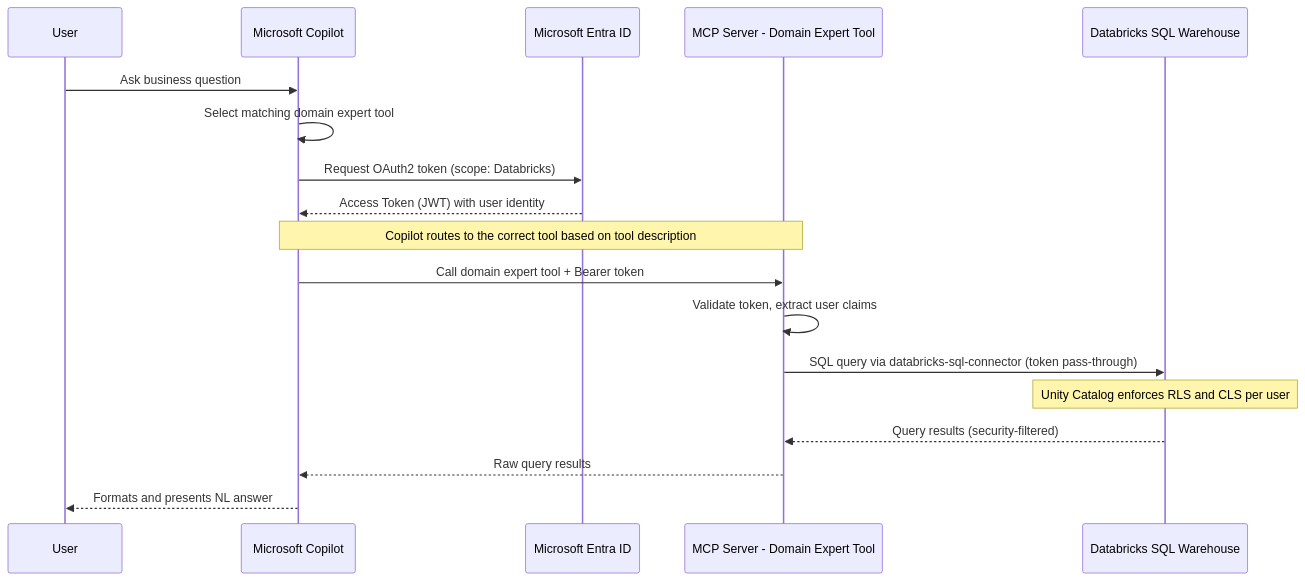
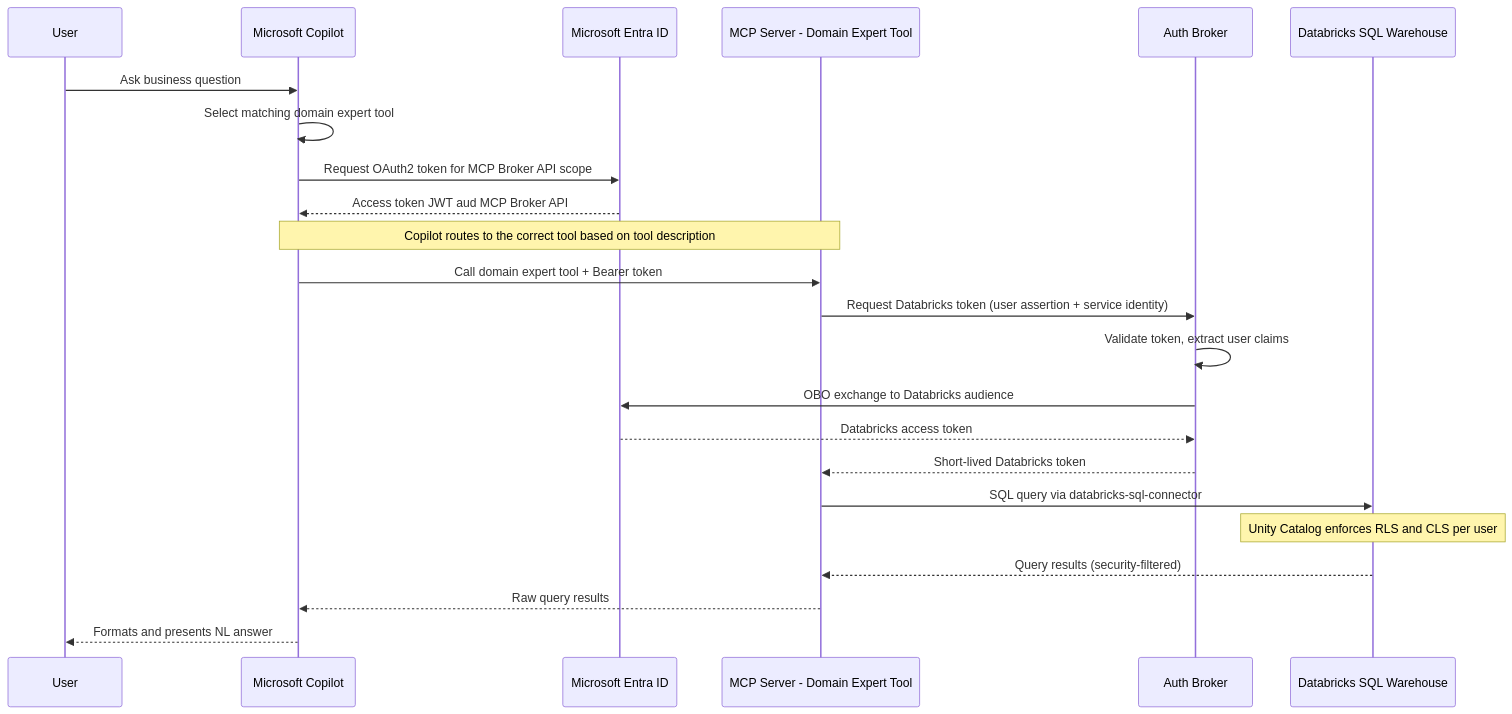
Before and after one commit to james-tn/dbx-mcp-copilot: the second of 5 diagrams in docs/architecture-design.md, drawn with Mermaid. The commit also changed other lines of this file and 38 other files, not shown here.

Commit message:
Update broker/MCP architecture docs and deployment guidance

````diff
--- a/docs/architecture-design.md
+++ b/docs/architecture-design.md
@@ -101,25 +111,30 @@
 ```mermaid
 sequenceDiagram
     participant User
     participant Copilot as Microsoft Copilot
     participant Entra as Microsoft Entra ID
     participant MCP as MCP Server - Domain Expert Tool
+    participant Broker as Auth Broker
     participant DBSQL as Databricks SQL Warehouse
 
     User->>Copilot: Ask business question
     Copilot->>Copilot: Select matching domain expert tool
-    Copilot->>Entra: Request OAuth2 token (scope: Databricks)
-    Entra-->>Copilot: Access Token (JWT) with user identity
+    Copilot->>Entra: Request OAuth2 token for MCP Broker API scope
+    Entra-->>Copilot: Access token JWT aud MCP Broker API
 
     Note over Copilot,MCP: Copilot routes to the correct tool based on tool description
 
     Copilot->>MCP: Call domain expert tool + Bearer token
-    MCP->>MCP: Validate token, extract user claims
-    MCP->>DBSQL: SQL query via databricks-sql-connector (token pass-through)
+    MCP->>Broker: Request Databricks token (user assertion + service identity)
+    Broker->>Broker: Validate token, extract user claims
+    Broker->>Entra: OBO exchange to Databricks audience
+    Entra-->>Broker: Databricks access token
+    Broker-->>MCP: Short-lived Databricks token
+    MCP->>DBSQL: SQL query via databricks-sql-connector
     
     Note over DBSQL: Unity Catalog enforces RLS and CLS per user
 
     DBSQL-->>MCP: Query results (security-filtered)
     MCP-->>Copilot: Raw query results
     Copilot-->>User: Formats and presents NL answer
 ```
````
